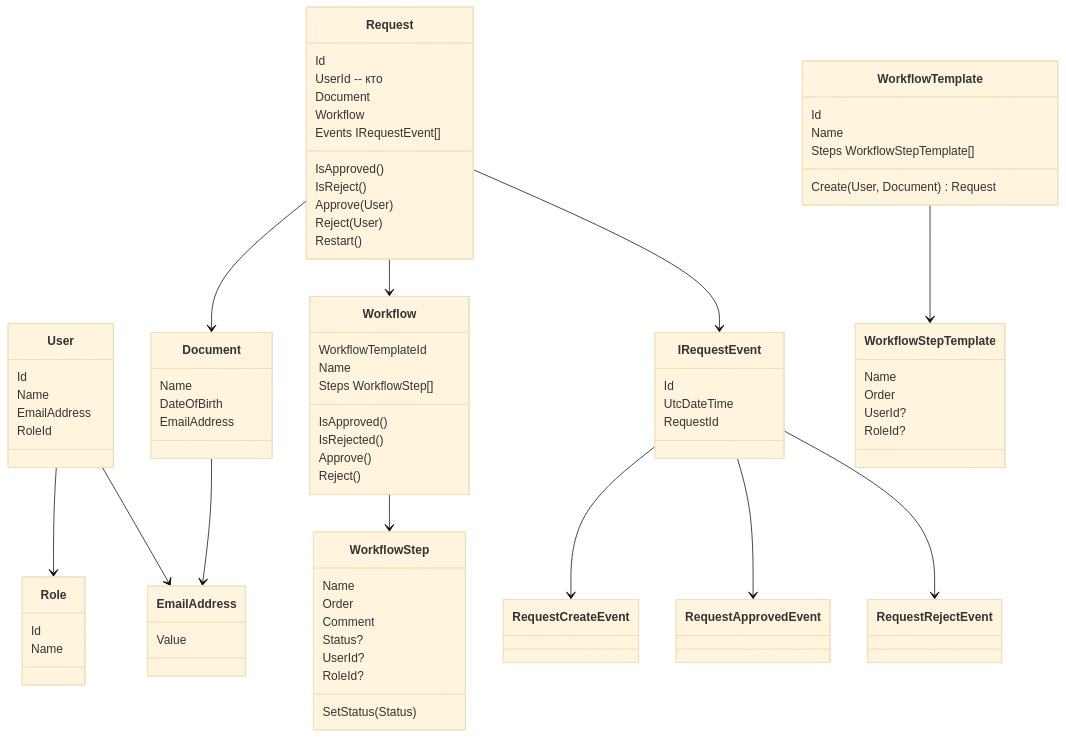
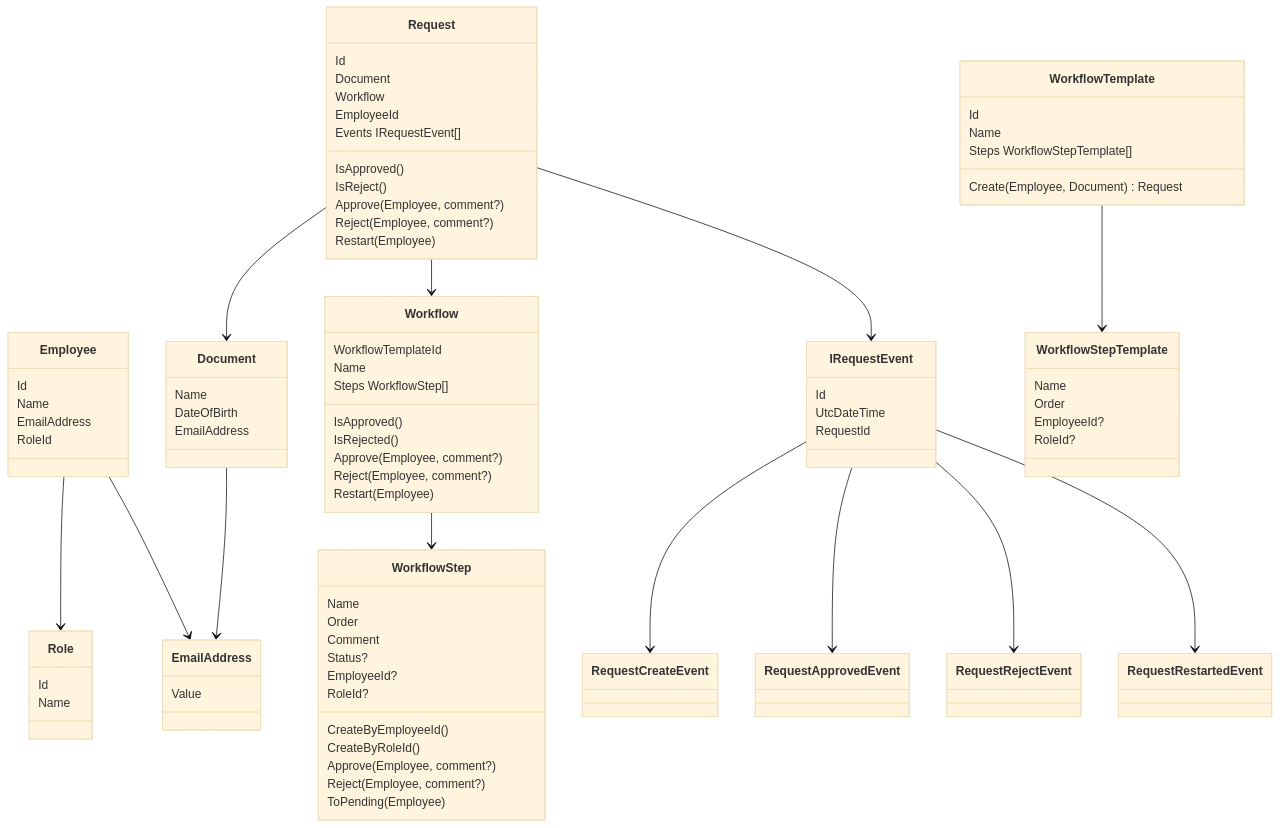
Before and after one commit to tarioma/Interviews: the diagram in README.md, drawn with Mermaid (base theme).

````diff
--- a/README.md
+++ b/README.md
@@ -1,7 +1,7 @@
 ```mermaid
 classDiagram
-    User --> Role
-    User --> EmailAddress
+    Employee --> Role
+    Employee --> EmailAddress
     Request --> Document
     Request --> Workflow
     Request --> IRequestEvent
@@ -9,10 +9,11 @@
     IRequestEvent --> RequestCreateEvent
     IRequestEvent --> RequestApprovedEvent
     IRequestEvent --> RequestRejectEvent
+    IRequestEvent --> RequestRestartedEvent
     Workflow --> WorkflowStep
     WorkflowTemplate --> WorkflowStepTemplate
 
-    class User{
+    class Employee{
         Id
         Name
         EmailAddress
@@ -27,16 +28,16 @@
     }
     class Request{
         Id
-        UserId -- кто
         Document 
         Workflow
+        EmployeeId
         Events IRequestEvent[]
         
         IsApproved()
         IsReject()
-        Approve(User)
-        Reject(User)
-        Restart()
+        Approve(Employee, comment?)
+        Reject(Employee, comment?)
+        Restart(Employee)
     }
     class IRequestEvent{
         Id
@@ -44,13 +45,12 @@
         RequestId
     }
     class RequestCreateEvent{
-        
     }
     class RequestApprovedEvent{
-        
     }
     class RequestRejectEvent{
-        
+    }
+    class RequestRestartedEvent{
     }
     class Document{
         Name
@@ -64,30 +64,35 @@
         
         IsApproved()
         IsRejected()
-        Approve()
-        Reject()
+        Approve(Employee, comment?)
+        Reject(Employee, comment?)
+        Restart(Employee)
     }
     class WorkflowStep{
         Name
         Order
         Comment
         Status?
-        UserId?
+        EmployeeId?
         RoleId?
         
-        SetStatus(Status)
+        CreateByEmployeeId()
+        CreateByRoleId()
+        Approve(Employee, comment?)
+        Reject(Employee, comment?)
+        ToPending(Employee)
     }
     class WorkflowTemplate{
         Id
         Name
         Steps WorkflowStepTemplate[]
-        Create(User, Document) Request
+        Create(Employee, Document) Request
     }
 
     class WorkflowStepTemplate{
         Name
         Order
-        UserId?
+        EmployeeId?
         RoleId?
     }
 ```
````
